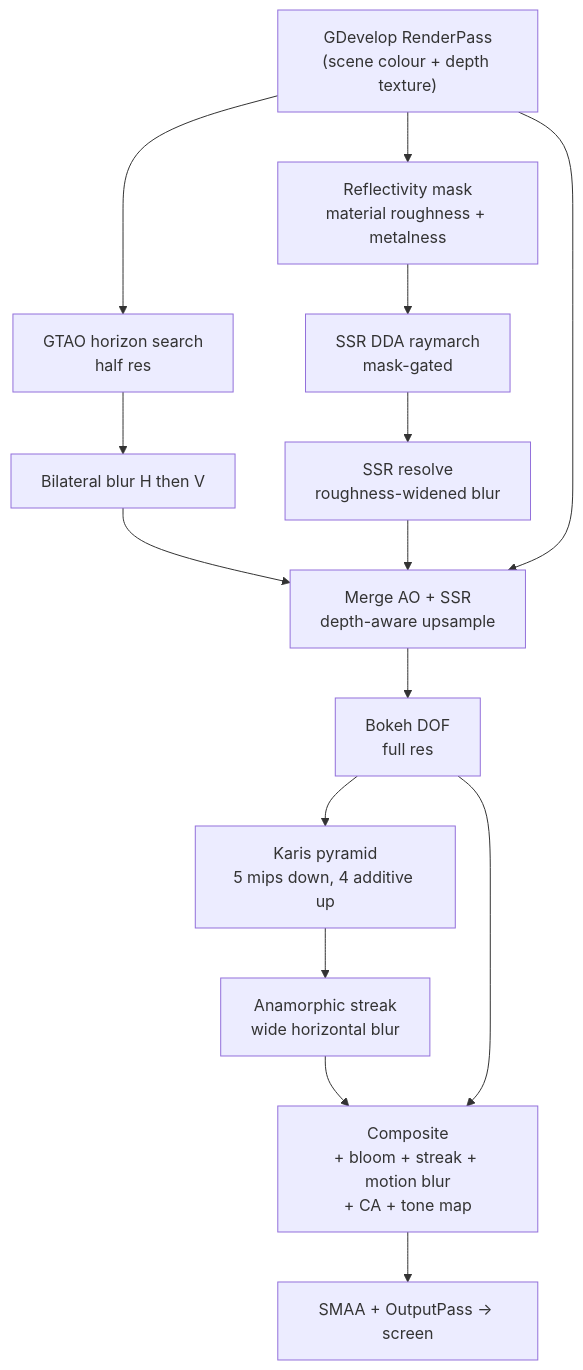
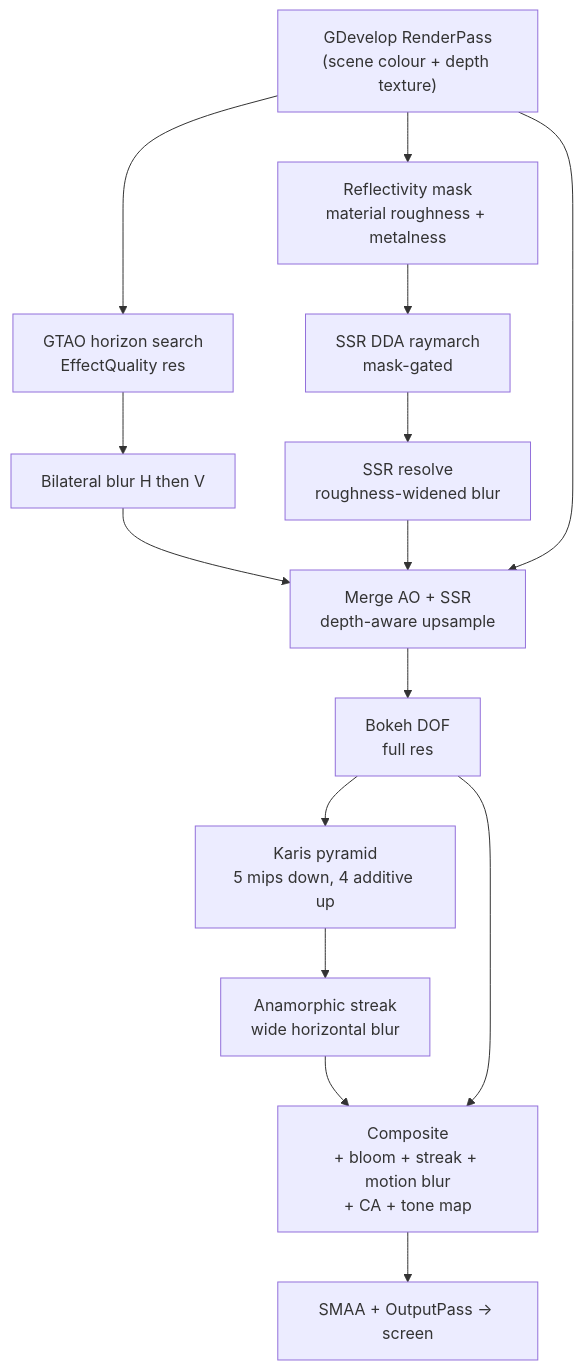
Before and after one commit to Twillion/GDevelop_Extensions: the diagram in CinematicPostFX3D/README.md, drawn with Mermaid. The commit also changed other lines of this file and 286 other files, not shown here.

````diff
--- a/CinematicPostFX3D/README.md
+++ b/CinematicPostFX3D/README.md
@@ -57,21 +63,21 @@
 ```mermaid
 flowchart TD
     RP["GDevelop RenderPass<br/>(scene colour + depth texture)"]
-    GTAO["GTAO horizon search<br/>half res"]
+    GTAO["GTAO horizon search<br/>EffectQuality res"]
     BL["Bilateral blur H then V"]
     MASK["Reflectivity mask<br/>material roughness + metalness"]
     SSR["SSR DDA raymarch<br/>mask-gated"]
     RESOLVE["SSR resolve<br/>roughness-widened blur"]
     DOF["Bokeh DOF<br/>full res"]
     BLOOM["Karis pyramid<br/>5 mips down, 4 additive up"]
     MERGE["Merge AO + SSR<br/>depth-aware upsample"]
     STREAK["Anamorphic streak<br/>wide horizontal blur"]
     COMP["Composite<br/>+ bloom + streak + motion blur<br/>+ CA + tone map"]
     OUT["SMAA + OutputPass -> screen"]
 
     RP --> GTAO --> BL --> MERGE
     RP --> MASK --> SSR --> RESOLVE --> MERGE
     RP --> MERGE --> DOF --> BLOOM --> STREAK --> COMP
     DOF --> COMP
     COMP --> OUT
 ```
````
